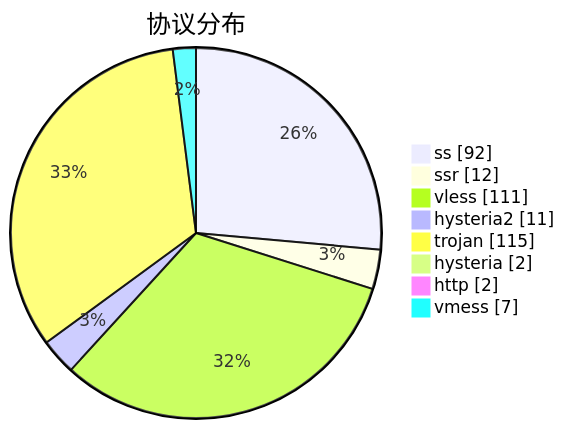
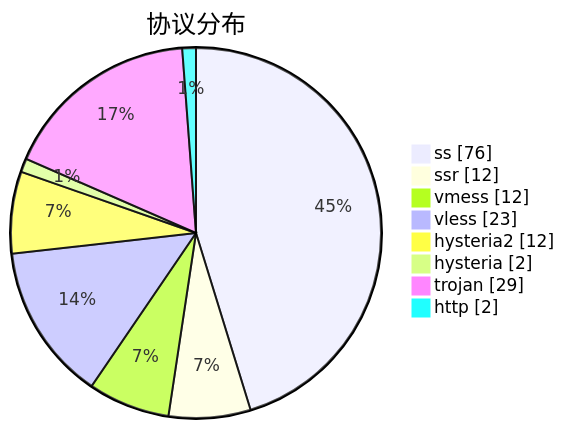
One commit to sinspired/airport changed the third of 3 diagrams in subs/statistics/tested_within.md. Above: the diagram before and after it, drawn with Mermaid. The commit also changed other lines of this file and 2 other files, not shown here.

````diff
--- a/subs/statistics/tested_within.md
+++ b/subs/statistics/tested_within.md
@@ -59,12 +56,12 @@
 ```mermaid
 pie showData
 title 协议分布
-"ss" : 92
+"ss" : 76
 "ssr" : 12
-"vless" : 111
-"hysteria2" : 11
-"trojan" : 115
+"vmess" : 12
+"vless" : 23
+"hysteria2" : 12
 "hysteria" : 2
+"trojan" : 29
 "http" : 2
-"vmess" : 7
 ```
````
